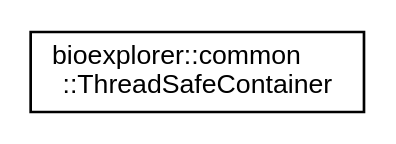
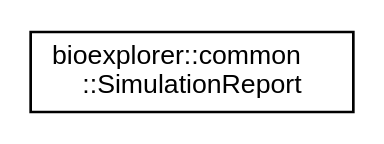
The diagram in docs/inherit_graph_7.dot (BlueBrain/BioExplorer), drawn with Graphviz before and after one commit. The commit also changed 458 other files, not shown here.

```diff
--- a/docs/inherit_graph_7.dot
+++ b/docs/inherit_graph_7.dot
@@ -1,8 +1,8 @@
 digraph "Graphical Class Hierarchy"
 {
  // LATEX_PDF_SIZE
   edge [fontname="Helvetica",fontsize="10",labelfontname="Helvetica",labelfontsize="10"];
   node [fontname="Helvetica",fontsize="10",shape=record];
   rankdir="LR";
-  Node0 [label="bioexplorer::common\l::ThreadSafeContainer",height=0.2,width=0.4,color="black", fillcolor="white", style="filled",URL="$d2/d4a/classbioexplorer_1_1common_1_1ThreadSafeContainer.html",tooltip="The ThreadSafeContainer class is used to load large datasets in parallel. Every individual element is..."];
+  Node0 [label="bioexplorer::common\l::SimulationReport",height=0.2,width=0.4,color="black", fillcolor="white", style="filled",URL="$da/d89/structbioexplorer_1_1common_1_1SimulationReport.html",tooltip=" "];
 }
```
